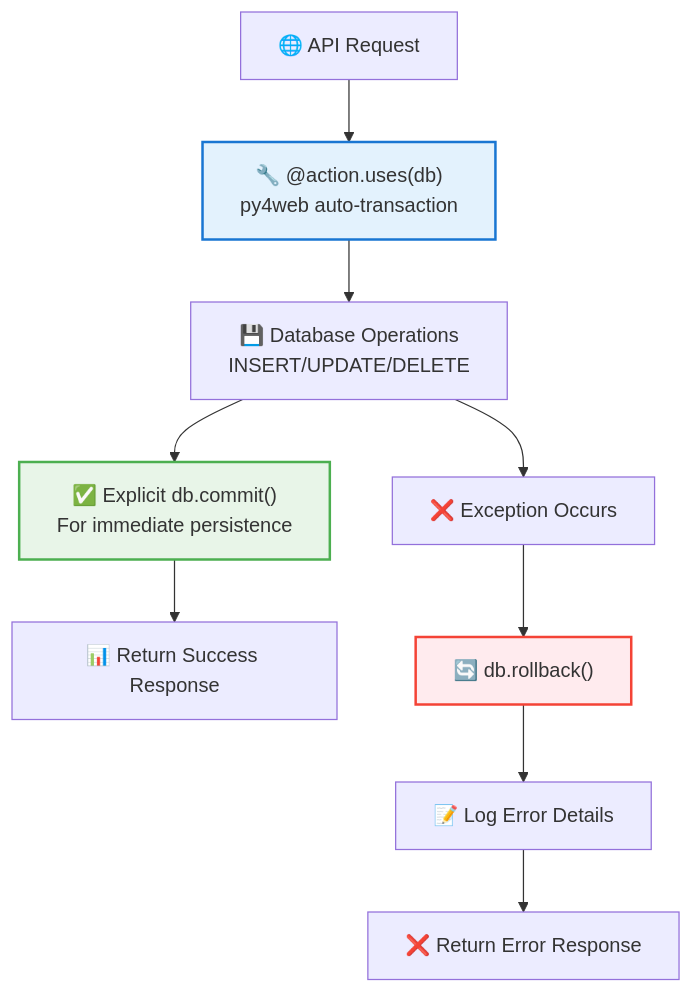
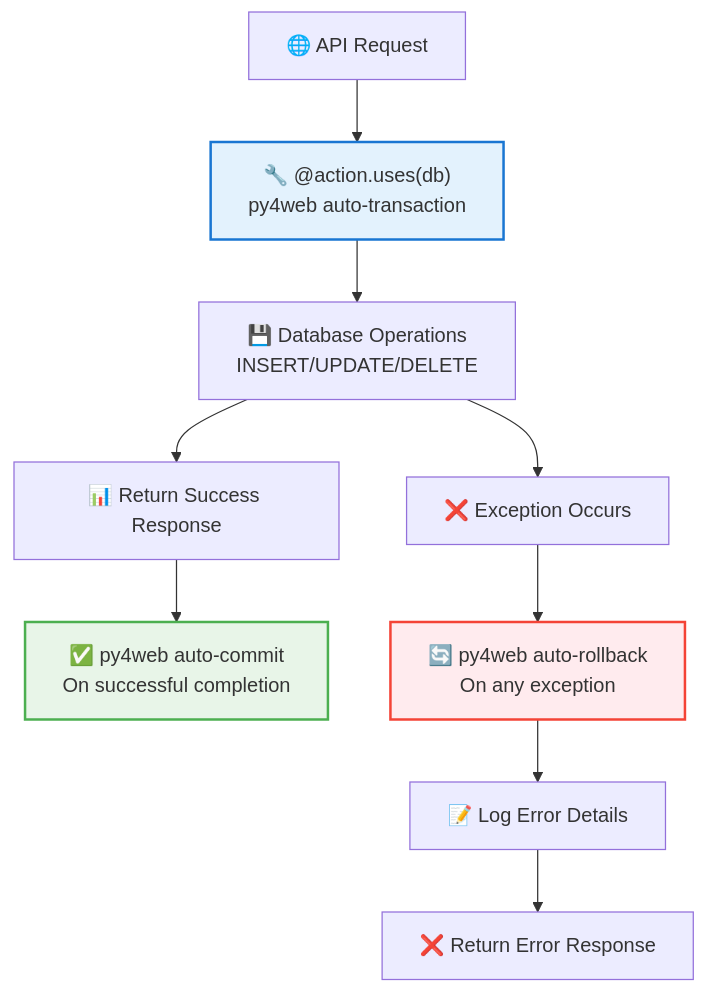
Before and after one commit to mamisoa/oph4py: diagram 13 of 16 in memory-bank/systemPatterns.md, drawn with Mermaid. The commit also changed other lines of this file, not shown here.

````diff
--- a/memory-bank/systemPatterns.md
+++ b/memory-bank/systemPatterns.md
@@ -2110,17 +2132,17 @@
 ```mermaid
 graph TD
     A["🌐 API Request"] --> B["🔧 @action.uses(db)<br/>py4web auto-transaction"]
     B --> C["💾 Database Operations<br/>INSERT/UPDATE/DELETE"]
-    C --> D["✅ Explicit db.commit()<br/>For immediate persistence"]
-    D --> E["📊 Return Success Response"]
+    C --> D["📊 Return Success Response"]
+    D --> E["✅ py4web auto-commit<br/>On successful completion"]
     
-    F["❌ Exception Occurs"] --> G["🔄 db.rollback()"]
+    F["❌ Exception Occurs"] --> G["🔄 py4web auto-rollback<br/>On any exception"]
     G --> H["📝 Log Error Details"]
     H --> I["❌ Return Error Response"]
     
     C --> F
     
     style B fill:#e3f2fd,stroke:#1976d2,stroke-width:2px
-    style D fill:#e8f5e8,stroke:#4caf50,stroke-width:2px
+    style E fill:#e8f5e8,stroke:#4caf50,stroke-width:2px
     style G fill:#ffebee,stroke:#f44336,stroke-width:2px
 ```
````
